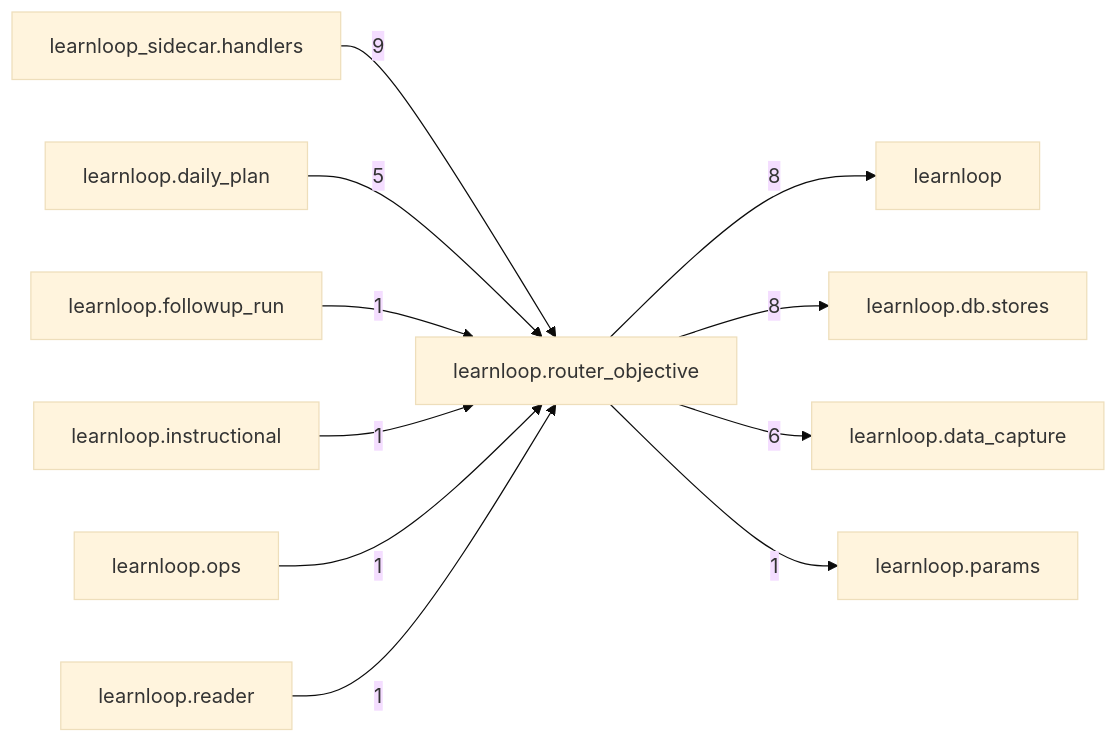
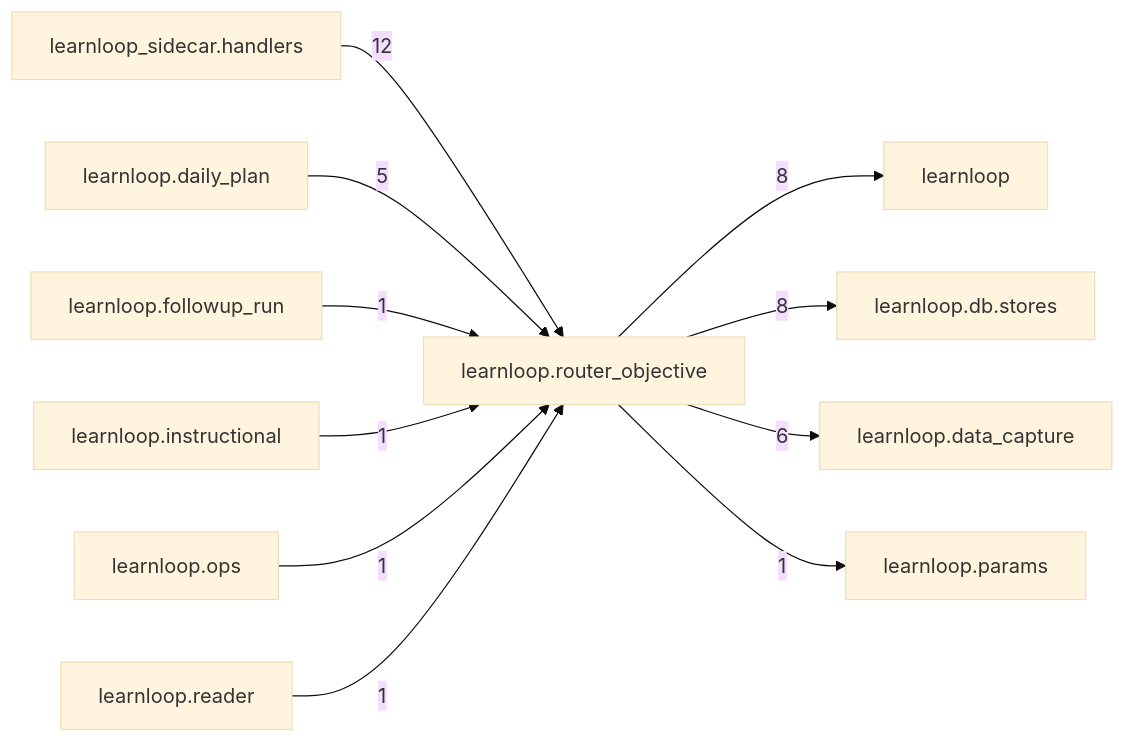
The diagram in docs/learnloop-architecture-vault/Reference/Modules/learnloop/router_objective/_package.md (6up-b/learnanything), drawn with Mermaid (base theme) before and after one commit. The commit also changed other lines of this file and 553 other files, not shown here.

````diff
--- a/docs/learnloop-architecture-vault/Reference/Modules/learnloop/router_objective/_package.md
+++ b/docs/learnloop-architecture-vault/Reference/Modules/learnloop/router_objective/_package.md
@@ -93,24 +93,24 @@
 ```mermaid
 flowchart LR
     center["learnloop.router_objective"]
     n_learnloop_sidecar_handlers["learnloop_sidecar.handlers"]
     n_learnloop["learnloop"]
     n_learnloop_db_stores["learnloop.db.stores"]
     n_learnloop_data_capture["learnloop.data_capture"]
     n_learnloop_daily_plan["learnloop.daily_plan"]
     n_learnloop_followup_run["learnloop.followup_run"]
     n_learnloop_instructional["learnloop.instructional"]
     n_learnloop_ops["learnloop.ops"]
     n_learnloop_params["learnloop.params"]
     n_learnloop_reader["learnloop.reader"]
-    n_learnloop_sidecar_handlers -->|9| center
+    n_learnloop_sidecar_handlers -->|12| center
     center -->|8| n_learnloop
     center -->|8| n_learnloop_db_stores
     center -->|6| n_learnloop_data_capture
     n_learnloop_daily_plan -->|5| center
     n_learnloop_followup_run -->|1| center
     n_learnloop_instructional -->|1| center
     n_learnloop_ops -->|1| center
     center -->|1| n_learnloop_params
     n_learnloop_reader -->|1| center
 ```
````
